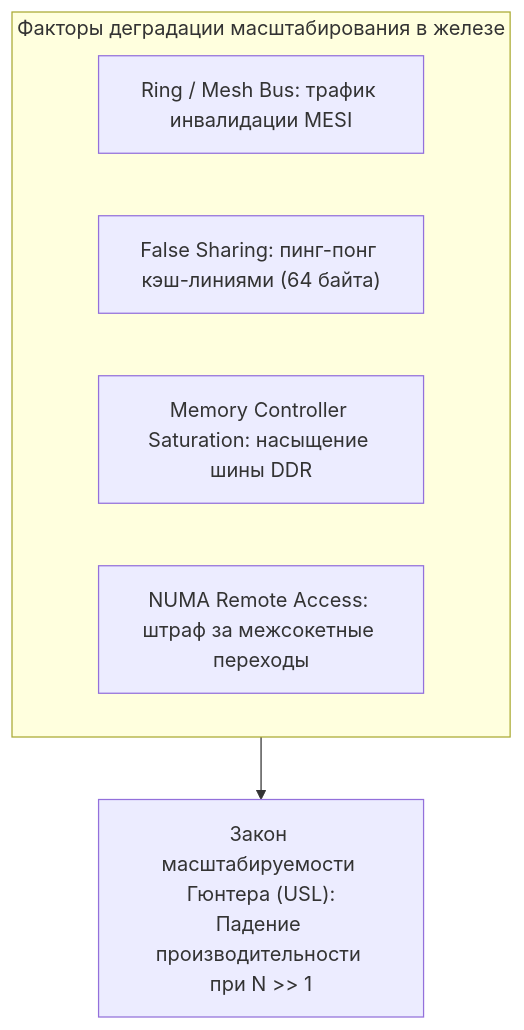
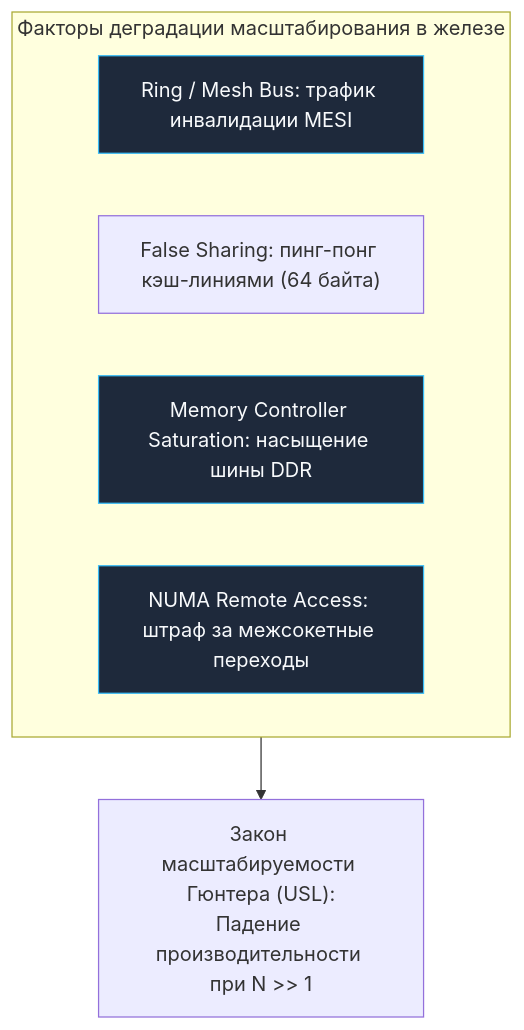
One commit to UnrealTemplier/go-textbook changed the third of 3 diagrams in sources/16. Профилирование, отладка и производительность/01. Фундамент/4. Amdahl law и масштабирование.md. Above: the diagram before and after it, drawn with Mermaid. The commit also changed other lines of this file and 1666 other files, not shown here.

First line of the commit message:
feat(mermaid): add semantic color classDef to 1369 colorless flowchart/graph diagrams

````diff
--- a/sources/16. Профилирование, отладка и производительность/01. Фундамент/4. Amdahl law и масштабирование.md
+++ b/sources/16. Профилирование, отладка и производительность/01. Фундамент/4. Amdahl law и масштабирование.md
@@ -211,11 +231,21 @@
 ```mermaid
 flowchart TD
+    classDef process  fill:#1e293b,stroke:#38bdf8,stroke-width:1px,color:#f8fafc
+    classDef success  fill:#064e3b,stroke:#34d399,stroke-width:1px,color:#f8fafc
+    classDef error    fill:#7f1d1d,stroke:#f87171,stroke-width:1px,color:#f8fafc
+    classDef warning  fill:#78350f,stroke:#fbbf24,stroke-width:1px,color:#f8fafc
+    classDef entry    fill:#1e3a5f,stroke:#38bdf8,stroke-width:2px,color:#f8fafc
+    classDef aux      fill:#334155,stroke:#64748b,stroke-width:1px,color:#f8fafc
+    classDef system   fill:#312e81,stroke:#a78bfa,stroke-width:1px,color:#f8fafc
+    classDef data     fill:#132d29,stroke:#2dd4bf,stroke-width:1px,color:#f8fafc
+    classDef network  fill:#881337,stroke:#fb7185,stroke-width:1px,color:#f8fafc
+    classDef accent   fill:#1e1b4b,stroke:#818cf8,stroke-width:1px,color:#f8fafc
     subgraph HardwareReality["Факторы деградации масштабирования в железе"]
-        H1["Ring / Mesh Bus: трафик инвалидации MESI"]
+        H1["Ring / Mesh Bus: трафик инвалидации MESI"]:::process
         H2["False Sharing: пинг-понг кэш-линиями (64 байта)"]
-        H3["Memory Controller Saturation: насыщение шины DDR"]
-        H4["NUMA Remote Access: штраф за межсокетные переходы"]
+        H3["Memory Controller Saturation: насыщение шины DDR"]:::process
+        H4["NUMA Remote Access: штраф за межсокетные переходы"]:::process
     end
 
     HardwareReality --> Degradation["Закон масштабируемости Гюнтера (USL):<br>Падение производительности при N >> 1"]
 ```
````
